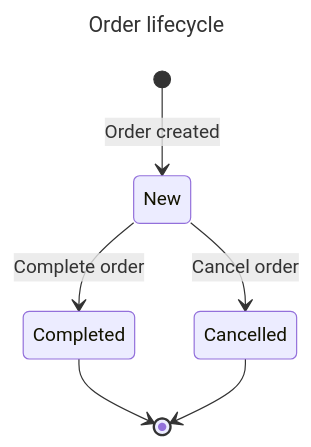
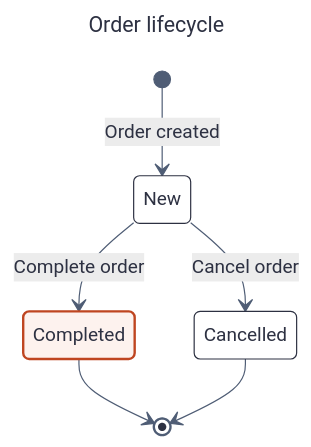
The diagram in docs/domains/BookWorm/subdomains/Ordering/diagrams/order-lifecycle/mermaids/order-lifecycle.mmd (foxminchan/BookWorm), drawn with Mermaid before and after one commit. The commit also changed 191 other files, not shown here.

Commit message:
docs: update architecture diagrams and documentation

```diff
--- a/docs/domains/BookWorm/subdomains/Ordering/diagrams/order-lifecycle/mermaids/order-lifecycle.mmd
+++ b/docs/domains/BookWorm/subdomains/Ordering/diagrams/order-lifecycle/mermaids/order-lifecycle.mmd
@@ -1,9 +1,13 @@
 ---
 title: Order lifecycle
 ---
+%%{init: {'theme': 'base', 'themeVariables': {'background': '#f5f5f5', 'primaryColor': '#ffffff', 'primaryTextColor': '#2d3142', 'primaryBorderColor': '#2d3142', 'secondaryColor': '#ececec', 'secondaryBorderColor': '#4f5d75', 'tertiaryColor': '#fdf2ee', 'tertiaryBorderColor': '#bf4520', 'lineColor': '#4f5d75', 'textColor': '#2d3142', 'fontFamily': 'Geist, system-ui, sans-serif'}}}%%
 stateDiagram-v2
 	[*] --> New: Order created
 	New --> Completed: Complete order
 	New --> Cancelled: Cancel order
 	Completed --> [*]
 	Cancelled --> [*]
+
+	classDef focal fill:#fdf2ee,stroke:#bf4520,stroke-width:2px,color:#2d3142
+	class Completed focal
```
